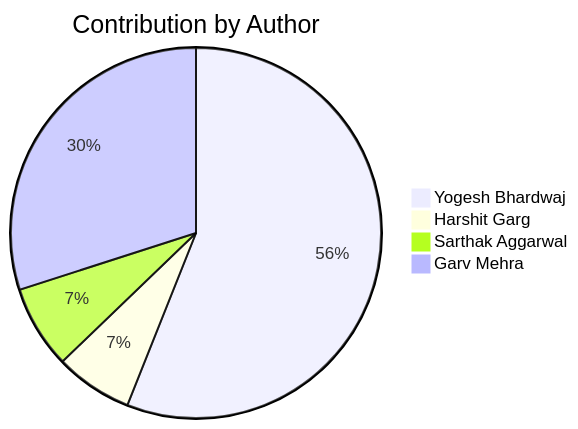
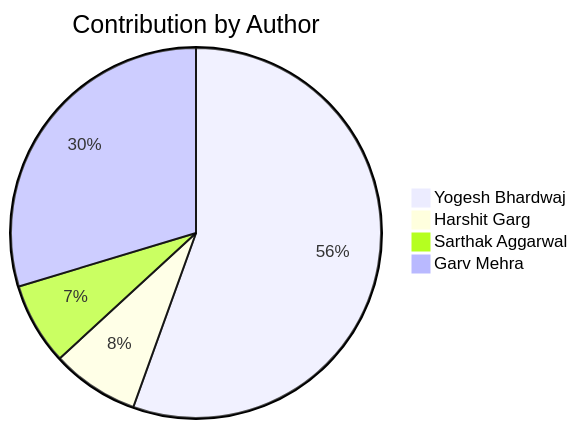
One commit to Yogesh-Bhardwaj-hue/Scm-Final_2.0 changed the second of 2 diagrams in README.md. Above: the diagram before and after it, drawn with Mermaid. The commit also changed other lines of this file, not shown here.

Commit message:
Update contribution charts

````diff
--- a/README.md
+++ b/README.md
@@ -192,7 +192,7 @@
 ```mermaid
 pie title Contribution by Author
     "Yogesh Bhardwaj": 116
-    "Harshit Garg": 14
+    "Harshit Garg": 16
     "Sarthak Aggarwal": 15
     "Garv Mehra": 62
 ```
````
